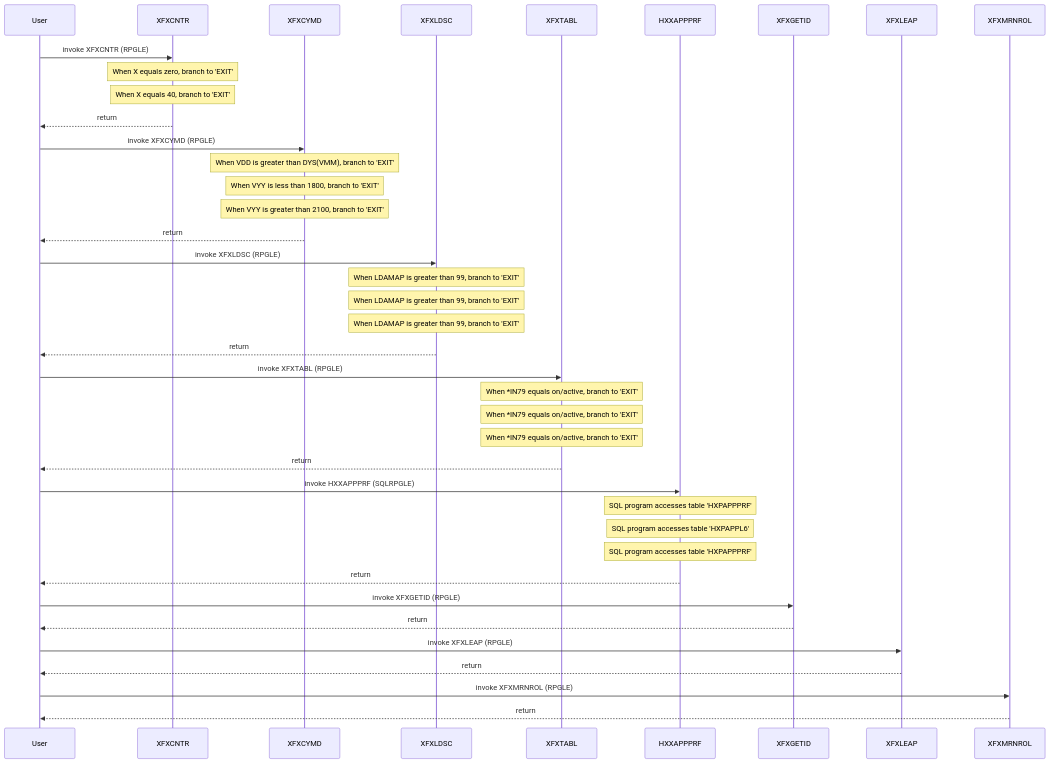
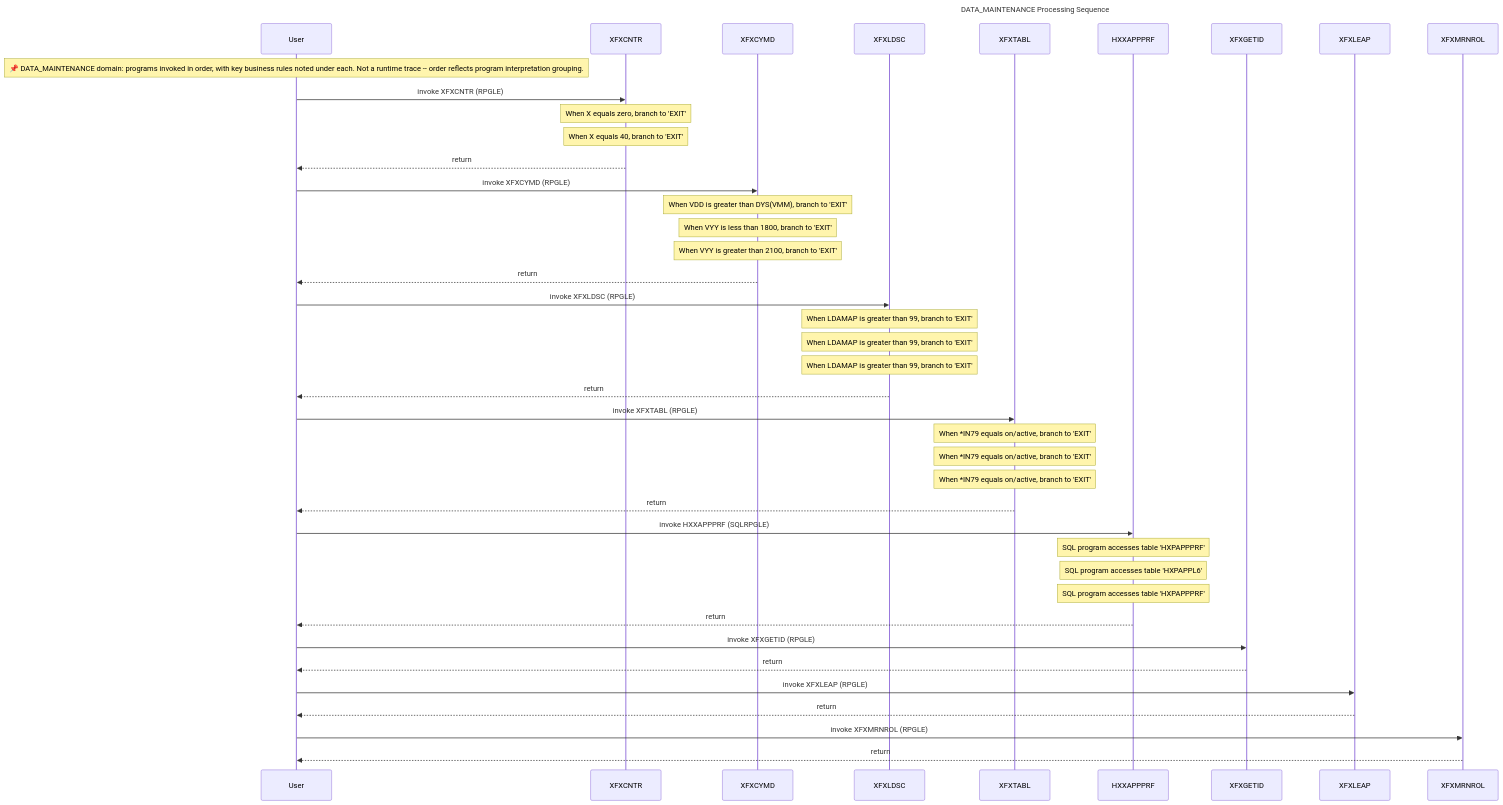
One commit to gauravgarg284/AS400-ReverseEngineering changed the diagram in runs/202607021710/docs/diagrams/SEQUENCE_DATA_MAINTENANCE.mmd. Above: the diagram before and after it, drawn with Mermaid. The commit also changed 26 other files, not shown here.

First line of the commit message:
Add titles, descriptions, and legends to all diagrams

```diff
--- a/runs/202607021710/docs/diagrams/SEQUENCE_DATA_MAINTENANCE.mmd
+++ b/runs/202607021710/docs/diagrams/SEQUENCE_DATA_MAINTENANCE.mmd
@@ -1,42 +1,48 @@
+---
+title: DATA_MAINTENANCE Processing Sequence
+---
 %%{init: {"sequence": {"actorMargin": 80, "messageMargin": 35}}}%%
 %% DATA_MAINTENANCE Processing Sequence
+%% Program invocation order for this domain, generated from Agent-2
+%% semantic interpretations. Notes list key extracted business rules.
 sequenceDiagram
     participant User
+    Note over User: 📌 DATA_MAINTENANCE domain: programs invoked in order, with key business rules noted under each. Not a runtime trace -- order reflects program interpretation grouping.
     participant XFXCNTR
     User->>XFXCNTR: invoke XFXCNTR (RPGLE)
     Note over XFXCNTR: When X equals zero, branch to 'EXIT'
     Note over XFXCNTR: When X equals 40, branch to 'EXIT'
     XFXCNTR-->>User: return
     participant XFXCYMD
     User->>XFXCYMD: invoke XFXCYMD (RPGLE)
     Note over XFXCYMD: When VDD is greater than DYS(VMM), branch to 'EXIT'
     Note over XFXCYMD: When VYY is less than 1800, branch to 'EXIT'
     Note over XFXCYMD: When VYY is greater than 2100, branch to 'EXIT'
     XFXCYMD-->>User: return
     participant XFXLDSC
     User->>XFXLDSC: invoke XFXLDSC (RPGLE)
     Note over XFXLDSC: When LDAMAP is greater than 99, branch to 'EXIT'
     Note over XFXLDSC: When LDAMAP is greater than 99, branch to 'EXIT'
     Note over XFXLDSC: When LDAMAP is greater than 99, branch to 'EXIT'
     XFXLDSC-->>User: return
     participant XFXTABL
     User->>XFXTABL: invoke XFXTABL (RPGLE)
     Note over XFXTABL: When *IN79 equals on/active, branch to 'EXIT'
     Note over XFXTABL: When *IN79 equals on/active, branch to 'EXIT'
     Note over XFXTABL: When *IN79 equals on/active, branch to 'EXIT'
     XFXTABL-->>User: return
     participant HXXAPPPRF
     User->>HXXAPPPRF: invoke HXXAPPPRF (SQLRPGLE)
     Note over HXXAPPPRF: SQL program accesses table 'HXPAPPPRF'
     Note over HXXAPPPRF: SQL program accesses table 'HXPAPPL6'
     Note over HXXAPPPRF: SQL program accesses table 'HXPAPPPRF'
     HXXAPPPRF-->>User: return
     participant XFXGETID
     User->>XFXGETID: invoke XFXGETID (RPGLE)
     XFXGETID-->>User: return
     participant XFXLEAP
     User->>XFXLEAP: invoke XFXLEAP (RPGLE)
     XFXLEAP-->>User: return
     participant XFXMRNROL
     User->>XFXMRNROL: invoke XFXMRNROL (RPGLE)
     XFXMRNROL-->>User: return
```
